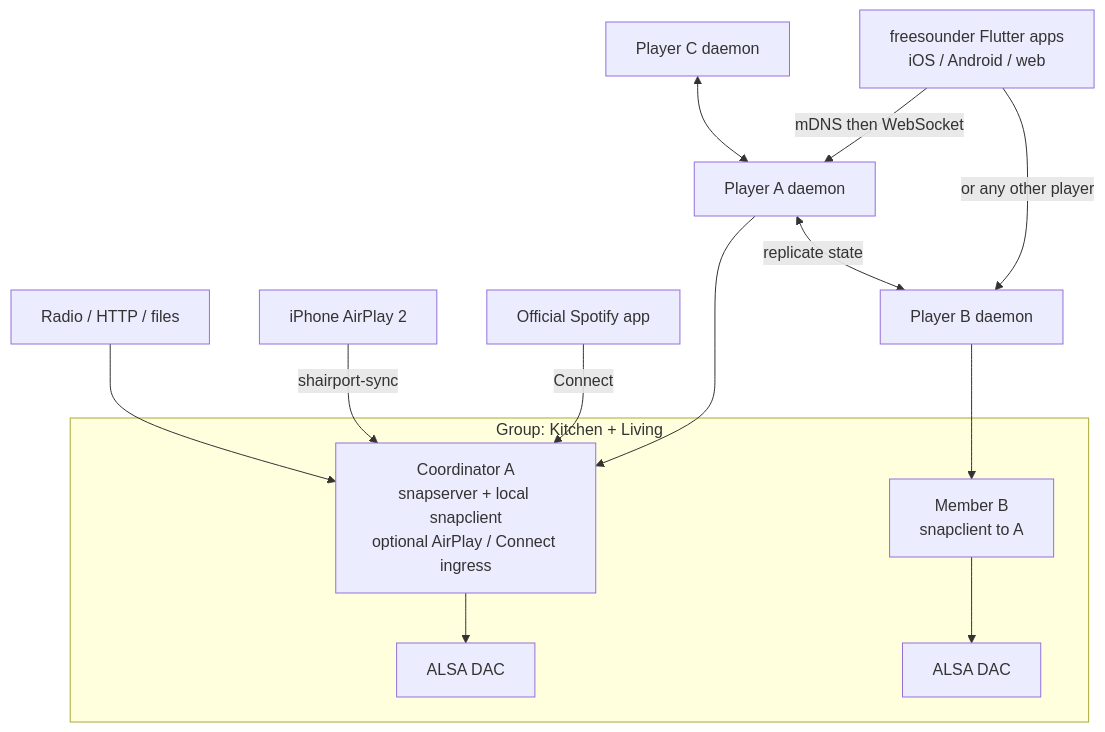
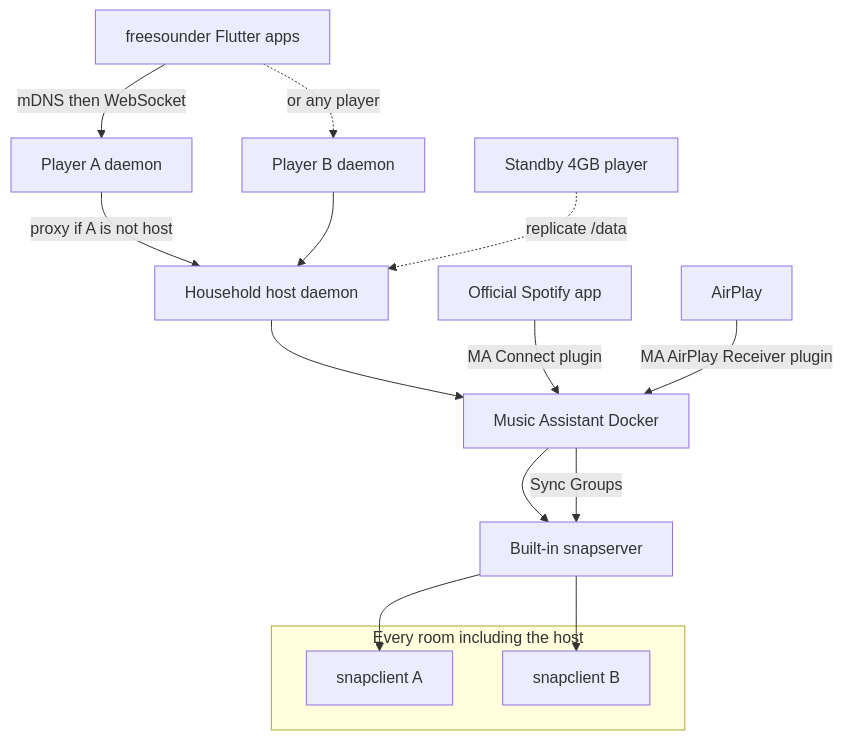
One commit to mhatzis/freesounder changed the second of 2 diagrams in docs/architecture.md. Above: the diagram before and after it, drawn with Mermaid. The commit also changed other lines of this file and 1 other file, not shown here.

Commit message:
docs: full in-app catalogue via Music Assistant on an elected 4GB household host player

````diff
--- a/docs/architecture.md
+++ b/docs/architecture.md
@@ -482,18 +476,19 @@
 ```mermaid
 flowchart TB
-  apps[freesounder Flutter apps<br/>iOS / Android / web] -->|mDNS then WebSocket| p1[Player A daemon]
-  apps -->|or any other player| p2[Player B daemon]
-  p1 <-->|replicate state| p2
-  p3[Player C daemon] <--> p1
-  subgraph group1[Group: Kitchen + Living]
-    coord[Coordinator A<br/>snapserver + local snapclient<br/>optional AirPlay / Connect ingress]
-    mem[Member B<br/>snapclient to A]
-    coord --> dacA[ALSA DAC]
-    mem --> dacB[ALSA DAC]
+  apps[freesounder Flutter apps] -->|mDNS then WebSocket| pA[Player A daemon]
+  apps -.->|or any player| pB[Player B daemon]
+  pA -->|proxy if A is not host| hostDaemon[Household host daemon]
+  pB --> hostDaemon
+  hostDaemon --> ma[Music Assistant Docker]
+  ma --> snap[Built-in snapserver]
+  ma -->|Sync Groups| snap
+  subgraph rooms[Every room including the host]
+    cA[snapclient A]
+    cB[snapclient B]
   end
-  p1 --> coord
-  p2 --> mem
-  spot[Official Spotify app] -->|Connect| coord
-  apple[iPhone AirPlay 2] -->|shairport-sync| coord
-  radio[Radio / HTTP / files] --> coord
+  snap --> cA
+  snap --> cB
+  spot[Official Spotify app] -->|MA Connect plugin| ma
+  apple[AirPlay] -->|MA AirPlay Receiver plugin| ma
+  standby[Standby 4GB player] -.->|replicate /data| hostDaemon
 ```
````
